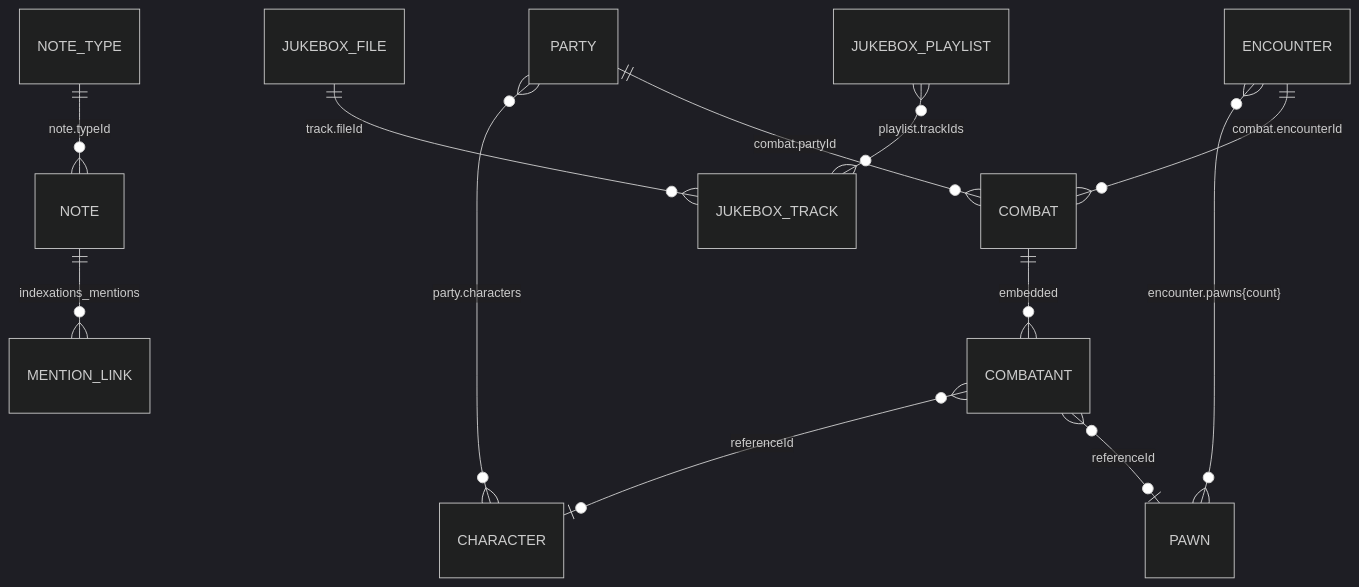
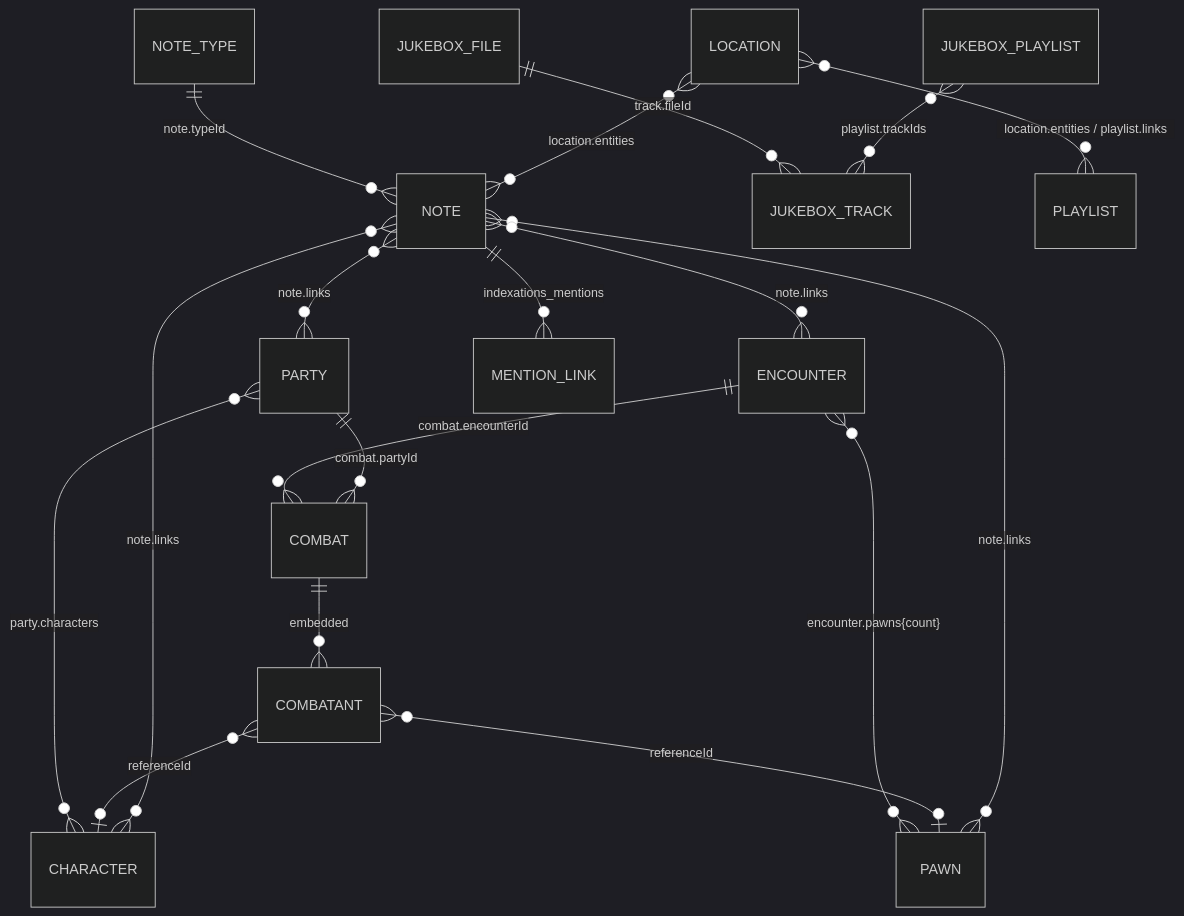
One commit to ionian-wind/dmh-pwa changed the diagram in docs/architecture/data-model.md. Above: the diagram before and after it, drawn with Mermaid (dark theme). The commit also changed other lines of this file and 56 other files, not shown here.

````diff
--- a/docs/architecture/data-model.md
+++ b/docs/architecture/data-model.md
@@ -319,14 +344,20 @@
 ```mermaid
 erDiagram
   NOTE_TYPE ||--o{ NOTE : "note.typeId"
   PARTY }o--o{ CHARACTER : "party.characters"
   ENCOUNTER }o--o{ PAWN : "encounter.pawns{count}"
   ENCOUNTER ||--o{ COMBAT : "combat.encounterId"
   PARTY ||--o{ COMBAT : "combat.partyId"
   COMBAT ||--o{ COMBATANT : "embedded"
   COMBATANT }o--o| CHARACTER : "referenceId"
   COMBATANT }o--o| PAWN : "referenceId"
   JUKEBOX_FILE ||--o{ JUKEBOX_TRACK : "track.fileId"
   JUKEBOX_PLAYLIST }o--o{ JUKEBOX_TRACK : "playlist.trackIds"
+  NOTE }o--o{ PARTY : "note.links"
+  NOTE }o--o{ PAWN : "note.links"
+  NOTE }o--o{ ENCOUNTER : "note.links"
+  NOTE }o--o{ CHARACTER : "note.links"
+  LOCATION }o--o{ NOTE : "location.entities"
+  LOCATION }o--o{ PLAYLIST : "location.entities / playlist.links"
   NOTE ||--o{ MENTION_LINK : "indexations_mentions"
 ```
````
